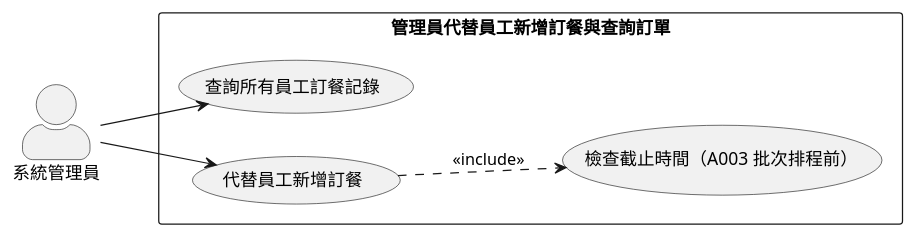
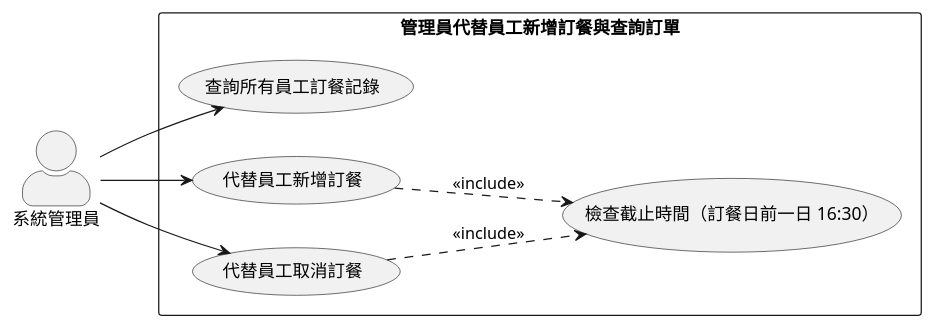
Before and after one commit to teyhawzhe/bento-uml: the diagram in output/A006/A006-usecase.puml, drawn with PlantUML. The commit also changed 3 other files, not shown here.

```diff
--- a/output/A006/A006-usecase.puml
+++ b/output/A006/A006-usecase.puml
@@ -1,16 +1,19 @@
 @startuml A006-usecase
 left to right direction
 skinparam actorStyle awesome
 
 actor "系統管理員" as Admin
 
 rectangle "管理員代替員工新增訂餐與查詢訂單" {
     usecase "查詢所有員工訂餐記錄" as UC1
     usecase "代替員工新增訂餐" as UC2
-    usecase "檢查截止時間（A003 批次排程前）" as UC3
+    usecase "代替員工取消訂餐" as UC4
+    usecase "檢查截止時間（訂餐日前一日 16:30）" as UC3
 }
 
 Admin --> UC1
 Admin --> UC2
+Admin --> UC4
 UC2 ..> UC3 : <<include>>
+UC4 ..> UC3 : <<include>>
 @enduml
```
